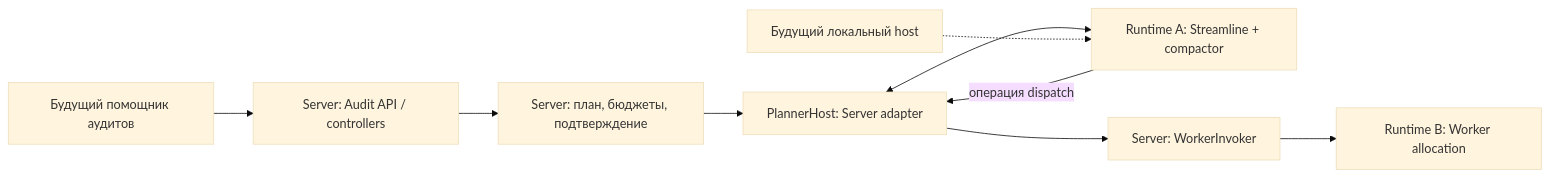
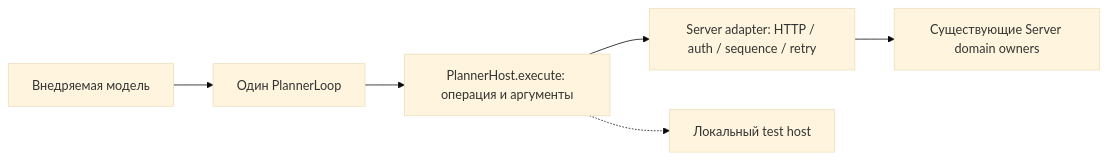
The third of 4 diagrams in docs/proposals/0058-runtime-planner-and-recovery.md (grauwolf32/contractor), drawn with Mermaid (base theme) before and after one commit. The commit also changed other lines of this file and 7 other files, not shown here.

First line of the commit message:
docs(planner): plan Router runtime migration and defer recovery

````diff
--- a/docs/proposals/0058-runtime-planner-and-recovery.md
+++ b/docs/proposals/0058-runtime-planner-and-recovery.md
@@ -411,11 +154,8 @@
 ```mermaid
 flowchart LR
-  Assistant["Будущий помощник аудитов"] --> Audit["Server: Audit API / controllers"]
-  Audit --> Plan["Server: план, бюджеты, подтверждение"]
-  Plan --> Host["PlannerHost: Server adapter"]
-  Host <--> Loop["Runtime A: Streamline + compactor"]
-  Loop -->|"операция dispatch"| Host
-  Host --> Invoke["Server: WorkerInvoker"]
-  Invoke --> Worker["Runtime B: Worker allocation"]
-  Local["Будущий локальный host"] -.-> Loop
+  Model["Внедряемая модель"] --> Loop["Один PlannerLoop"]
+  Loop --> Host["PlannerHost.execute: операция и аргументы"]
+  Host --> Remote["Server adapter: HTTP / auth / sequence / retry"]
+  Host -.-> Local["Локальный test host"]
+  Remote --> Domain["Существующие Server domain owners"]
 ```
````
